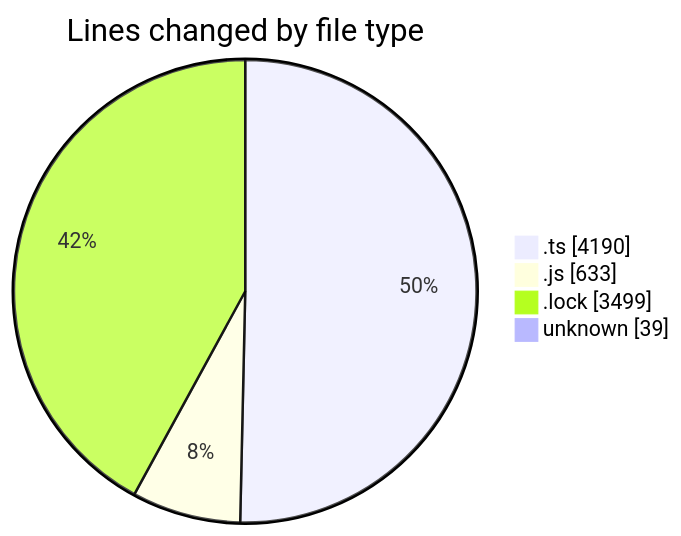
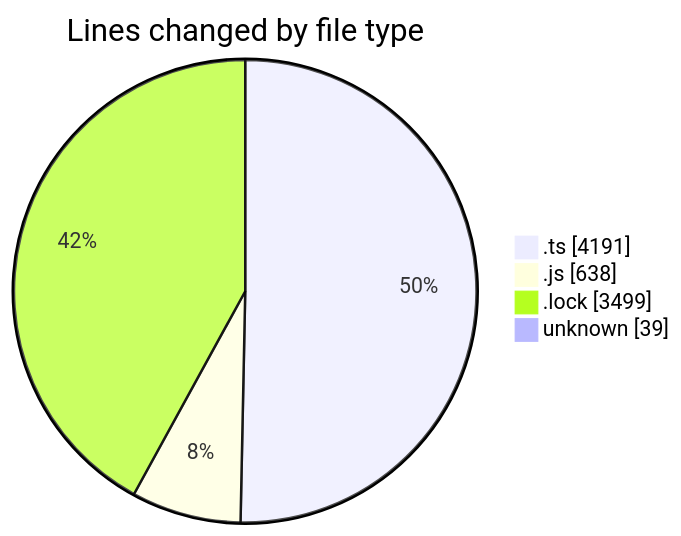
The first of 2 diagrams in 2025-05-20/cda/README.md (momahboobian/code-tracking), drawn with Mermaid before and after one commit. The commit also changed other lines of this file and 1 other file, not shown here.

````diff
--- a/2025-05-20/cda/README.md
+++ b/2025-05-20/cda/README.md
@@ -30,8 +30,8 @@
 ```mermaid
 pie showData
 title Lines changed by file type
-".ts" : 4190
-".js" : 633
+".ts" : 4191
+".js" : 638
 ".lock" : 3499
 "unknown" : 39
 ```
````
